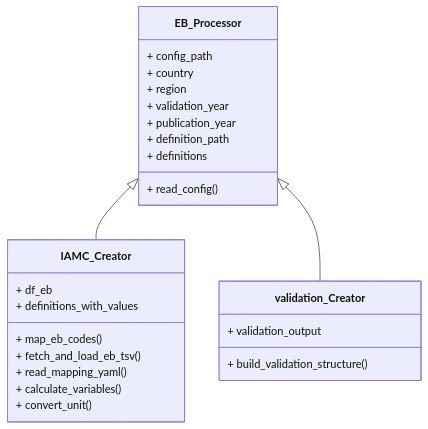
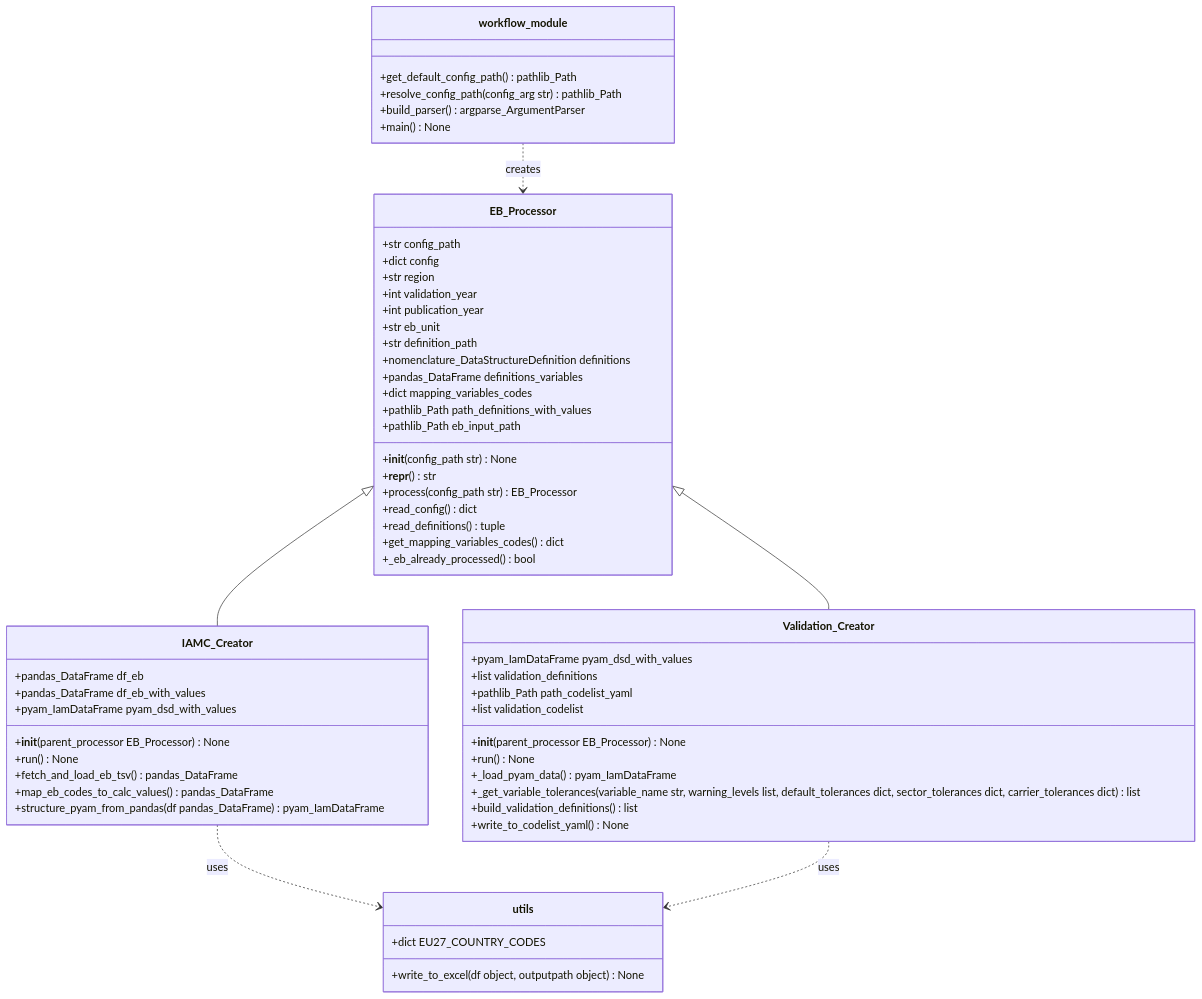
Before and after one commit to maxnutz/eurostat-energy-balance_processing: the diagram in .github/copilot-instructions.md, drawn with Mermaid. The commit also changed other lines of this file, not shown here.

Commit message:
update copilot base

````diff
--- a/.github/copilot-instructions.md
+++ b/.github/copilot-instructions.md
@@ -50,29 +51,66 @@
 ```mermaid
 classDiagram
+    class EB_Processor {
+        +str config_path
+        +dict config
+        +str region
+        +int validation_year
+        +int publication_year
+        +str eb_unit
+        +str definition_path
+        +nomenclature_DataStructureDefinition definitions
+        +pandas_DataFrame definitions_variables
+        +dict mapping_variables_codes
+        +pathlib_Path path_definitions_with_values
+        +pathlib_Path eb_input_path
+        +__init__(config_path str) None
+        +__repr__() str
+        +process(config_path str) EB_Processor
+        +read_config() dict
+        +read_definitions() tuple
+        +get_mapping_variables_codes() dict
+        +_eb_already_processed() bool
+    }
+
+    class IAMC_Creator {
+        +pandas_DataFrame df_eb
+        +pandas_DataFrame df_eb_with_values
+        +pyam_IamDataFrame pyam_dsd_with_values
+        +__init__(parent_processor EB_Processor) None
+        +run() None
+        +fetch_and_load_eb_tsv() pandas_DataFrame
+        +map_eb_codes_to_calc_values() pandas_DataFrame
+        +structure_pyam_from_pandas(df pandas_DataFrame) pyam_IamDataFrame
+    }
+
+    class Validation_Creator {
+        +pyam_IamDataFrame pyam_dsd_with_values
+        +list validation_definitions
+        +pathlib_Path path_codelist_yaml
+        +list validation_codelist
+        +__init__(parent_processor EB_Processor) None
+        +run() None
+        +_load_pyam_data() pyam_IamDataFrame
+        +_get_variable_tolerances(variable_name str, warning_levels list, default_tolerances dict, sector_tolerances dict, carrier_tolerances dict) list
+        +build_validation_definitions() list
+        +write_to_codelist_yaml() None
+    }
+
+    class utils {
+        +write_to_excel(df object, outputpath object) None
+        +dict EU27_COUNTRY_CODES
+    }
+
+    class workflow_module {
+        +get_default_config_path() pathlib_Path
+        +resolve_config_path(config_arg str) pathlib_Path
+        +build_parser() argparse_ArgumentParser
+        +main() None
+    }
+
     EB_Processor <|-- IAMC_Creator
-    EB_Processor <|-- validation_Creator
-    class EB_Processor{
-        + config_path
-        + country
-        + region
-        + validation_year
-        + publication_year
-        + definition_path
-        + definitions
-        + read_config()
-        
-    }
-    class IAMC_Creator{
-        + df_eb
-        + definitions_with_values
-        + map_eb_codes()
-        + fetch_and_load_eb_tsv()
-        + read_mapping_yaml()
-        + calculate_variables()
-        + convert_unit()
-    }
-    class validation_Creator{
-        + validation_output
-        + build_validation_structure()
-    }
+    EB_Processor <|-- Validation_Creator
+    IAMC_Creator ..> utils : uses
+    Validation_Creator ..> utils : uses
+    workflow_module ..> EB_Processor : creates
 ```
````
